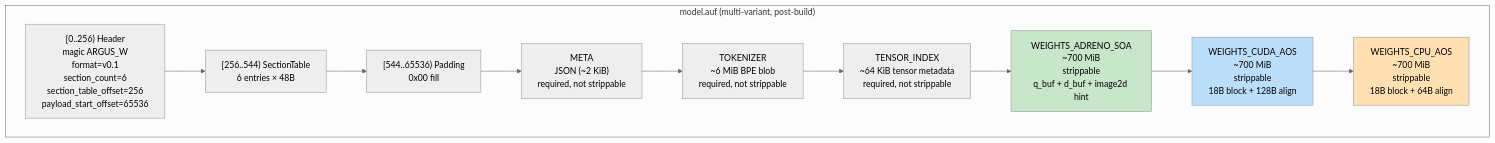
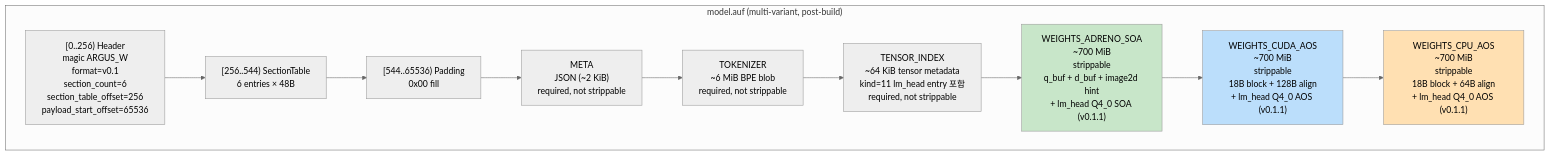
One commit to hedone21/llm_rs2 changed the ninth of 11 diagrams in arch/auf_format.md. Above: the diagram before and after it, drawn with Mermaid (neutral theme). The commit also changed other lines of this file and 4 other files, not shown here.

First line of the commit message:
docs(auf): document v0.1.1 lm_head Q4_0 entry + INV-135/136 (Sprint G-1-A)

````diff
--- a/arch/auf_format.md
+++ b/arch/auf_format.md
@@ -524,19 +632,19 @@
 ```mermaid
 flowchart TB
     subgraph FILE["model.auf (multi-variant, post-build)"]
         H["[0..256) Header<br/>magic ARGUS_W<br/>format=v0.1<br/>section_count=6<br/>section_table_offset=256<br/>payload_start_offset=65536"]
         T["[256..544) SectionTable<br/>6 entries × 48B"]
         P0["[544..65536) Padding<br/>0x00 fill"]
         S1["META<br/>JSON (~2 KiB)<br/>required, not strippable"]
         S2["TOKENIZER<br/>~6 MiB BPE blob<br/>required, not strippable"]
-        S3["TENSOR_INDEX<br/>~64 KiB tensor metadata<br/>required, not strippable"]
-        S4["WEIGHTS_ADRENO_SOA<br/>~700 MiB<br/>strippable<br/>q_buf + d_buf + image2d hint"]
-        S5["WEIGHTS_CUDA_AOS<br/>~700 MiB<br/>strippable<br/>18B block + 128B align"]
-        S6["WEIGHTS_CPU_AOS<br/>~700 MiB<br/>strippable<br/>18B block + 64B align"]
+        S3["TENSOR_INDEX<br/>~64 KiB tensor metadata<br/>kind=11 lm_head entry 포함<br/>required, not strippable"]
+        S4["WEIGHTS_ADRENO_SOA<br/>~700 MiB<br/>strippable<br/>q_buf + d_buf + image2d hint<br/>+ lm_head Q4_0 SOA (v0.1.1)"]
+        S5["WEIGHTS_CUDA_AOS<br/>~700 MiB<br/>strippable<br/>18B block + 128B align<br/>+ lm_head Q4_0 AOS (v0.1.1)"]
+        S6["WEIGHTS_CPU_AOS<br/>~700 MiB<br/>strippable<br/>18B block + 64B align<br/>+ lm_head Q4_0 AOS (v0.1.1)"]
         H --> T --> P0 --> S1 --> S2 --> S3 --> S4 --> S5 --> S6
     end
 
     style S4 fill:#c8e6c9
     style S5 fill:#bbdefb
     style S6 fill:#ffe0b2
 ```
````
